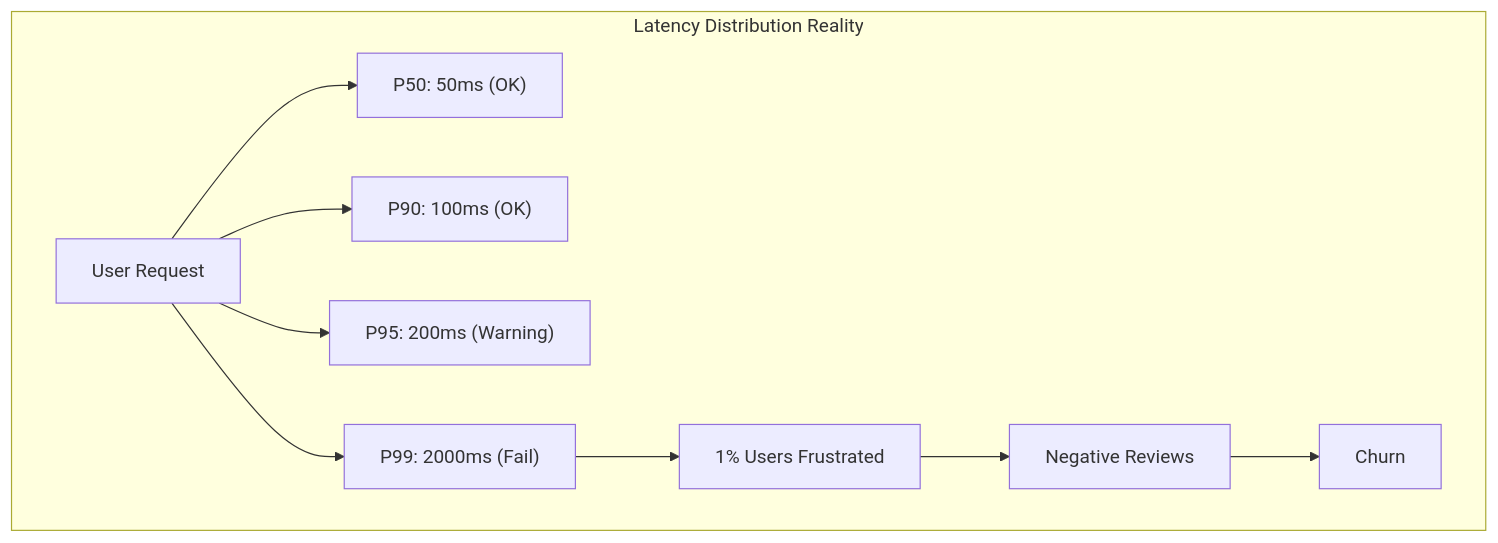
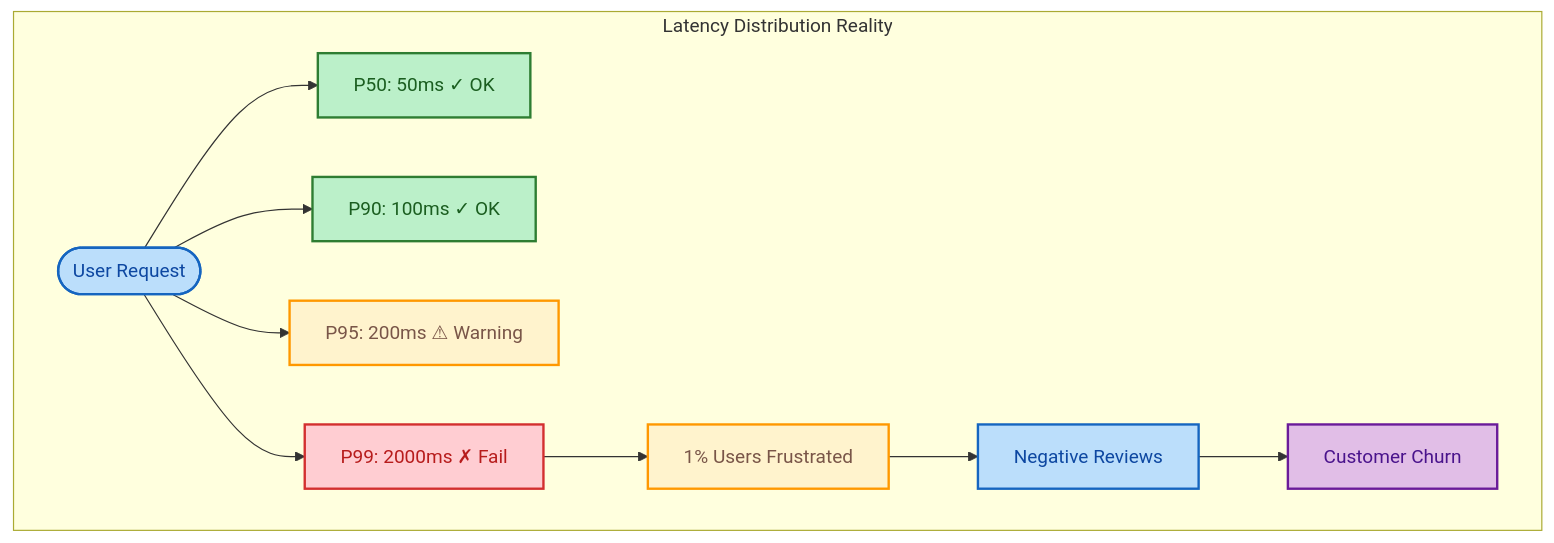
The first of 4 diagrams in posts/mlsys/designing-ml-systems.qmd (ImadDabbura/imaddabbura.github.io), drawn with Mermaid before and after one commit. The commit also changed other lines of this file and 43 other files, not shown here.

Commit message:
posts: Improve designing-ml-systems w/ Diagrams

````diff
--- a/posts/mlsys/designing-ml-systems.qmd
+++ b/posts/mlsys/designing-ml-systems.qmd
@@ -25,12 +28,19 @@
 ```{mermaid}
 graph TD
+    %% Style definitions
+    classDef good fill:#bbf0c9,stroke:#2e7d32,stroke-width:2px,color:#1b5e20
+    classDef warn fill:#fff3cd,stroke:#ff9800,stroke-width:2px,color:#795548
+    classDef fail fill:#ffcdd2,stroke:#d32f2f,stroke-width:2px,color:#b71c1c
+    classDef impact fill:#bbdefb,stroke:#1565c0,stroke-width:2px,color:#0d47a1
+    classDef outcome fill:#e1bee7,stroke:#6a1b9a,stroke-width:2px,color:#4a148c
+
     subgraph "Latency Distribution Reality"
-        A[User Request] --> B["P50: 50ms (OK)"]
-        A --> C["P90: 100ms (OK)"]
-        A --> D["P95: 200ms (Warning)"]
-        A --> E["P99: 2000ms (Fail)"]
-        E --> F["1% Users Frustrated"]
-        F --> G["Negative Reviews"]
-        G --> H["Churn"]
+        A([User Request]):::impact --> B["P50: 50ms ✓ OK"]:::good
+        A --> C["P90: 100ms ✓ OK"]:::good
+        A --> D["P95: 200ms ⚠ Warning"]:::warn
+        A --> E["P99: 2000ms ✗ Fail"]:::fail
+        E --> F["1% Users Frustrated"]:::warn
+        F --> G["Negative Reviews"]:::impact
+        G --> H["Customer Churn"]:::outcome
     end
 ```
````
